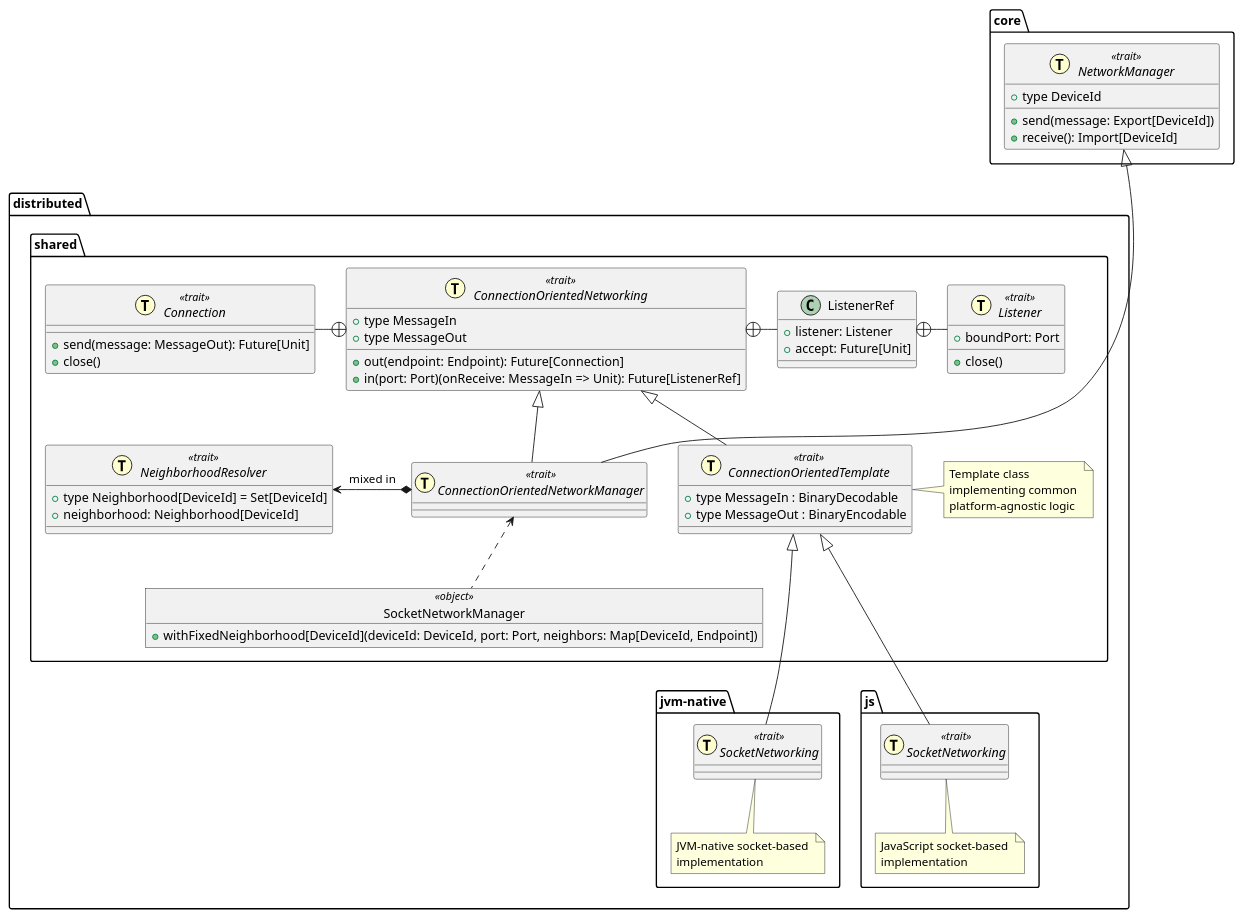
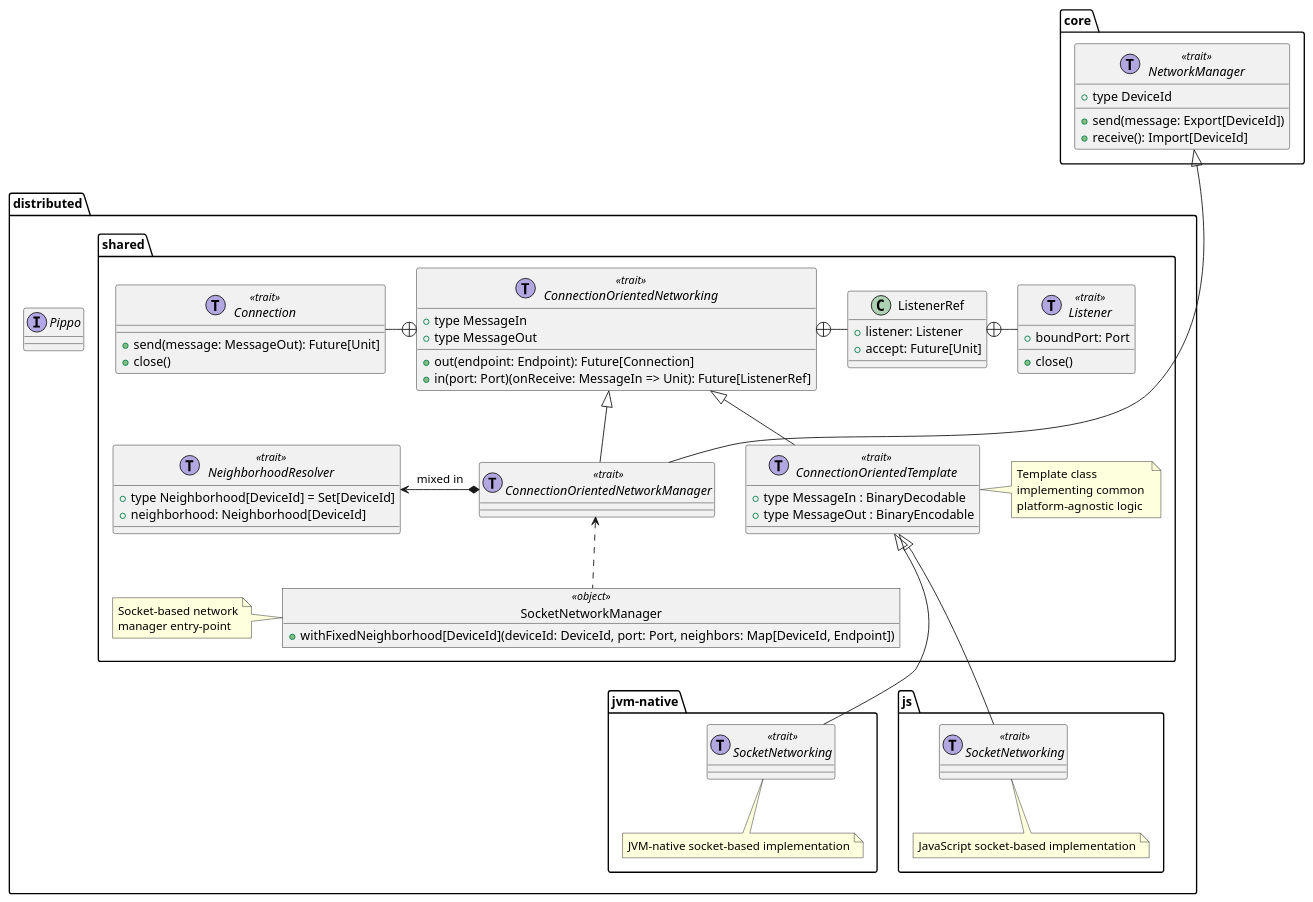
The diagram in resources/schemas/socket-distribution.puml (tassiluca/scafi3-mp-api-thesis), drawn with PlantUML before and after one commit. The commit also changed 8 other files, not shown here.

```diff
--- a/resources/schemas/socket-distribution.puml
+++ b/resources/schemas/socket-distribution.puml
@@ -1,96 +1,100 @@
 @startuml socket-distribution
 
 skinparam interface<<trait>> {
   BackgroundColor lightblue
   BorderColor blue
   StereotypeFontColor blue
 }
 
 package "core" {
-    interface NetworkManager << (T,#FEFECE) trait >> {
+    interface NetworkManager << (T,#b2a7e0) trait >> {
         + type DeviceId
         + send(message: Export[DeviceId])
         + receive(): Import[DeviceId]
     }
 }
 
 package "distributed" {
     package "shared" {
         ' object InetTypes {
         '     + type IPv4
         '     + type Port
         '     + type Hostname
         '     + type Endpoint
         '     + ...
         ' }
 
-        interface ConnectionOrientedNetworking << (T,#FEFECE) trait >> {
+        interface ConnectionOrientedNetworking << (T,#b2a7e0) trait >> {
             + type MessageIn
             + type MessageOut
             + out(endpoint: Endpoint): Future[Connection]
             + in(port: Port)(onReceive: MessageIn => Unit): Future[ListenerRef]
         }
         ConnectionOrientedNetworking +-left- Connection
         ConnectionOrientedNetworking +- ListenerRef
         ListenerRef +- Listener
 
-        interface Connection << (T,#FEFECE) trait >> {
+        interface Connection << (T,#b2a7e0) trait >> {
             + send(message: MessageOut): Future[Unit]
             + close()
         }
 
         class ListenerRef {
             + listener: Listener
             + accept: Future[Unit]
         }
 
-        interface Listener << (T,#FEFECE) trait >> {
+        interface Listener << (T,#b2a7e0) trait >> {
             + boundPort: Port
             + close()
         }
 
-        interface ConnectionOrientedTemplate << (T,#FEFECE) trait >> extends ConnectionOrientedNetworking {
+        interface ConnectionOrientedTemplate << (T,#b2a7e0) trait >> extends ConnectionOrientedNetworking {
             + type MessageIn : BinaryDecodable
             + type MessageOut : BinaryEncodable
         }
         note right of ConnectionOrientedTemplate
             Template class 
             implementing common 
             platform-agnostic logic
         end note
 
-        interface NeighborhoodResolver << (T,#FEFECE) trait >> {
+        interface NeighborhoodResolver << (T,#b2a7e0) trait >> {
             + type Neighborhood[DeviceId] = Set[DeviceId]
             + neighborhood: Neighborhood[DeviceId]
         }
 
-        interface ConnectionOrientedNetworkManager << (T,#FEFECE) trait >> extends ConnectionOrientedNetworking
+        interface ConnectionOrientedNetworkManager << (T,#b2a7e0) trait >> extends ConnectionOrientedNetworking
         ConnectionOrientedNetworkManager *-left-> NeighborhoodResolver : mixed in
         core.NetworkManager <|--- ConnectionOrientedNetworkManager
 
-        object SocketNetworkManager <<object>> {
+        object SocketNetworkManager << object>> {
             + withFixedNeighborhood[DeviceId](deviceId: DeviceId, port: Port, neighbors: Map[DeviceId, Endpoint])
         }
+        note left of SocketNetworkManager
+            Socket-based network
+            manager entry-point
+        end note
         SocketNetworkManager .up.> ConnectionOrientedNetworkManager
     }
 
     package "jvm-native" {
-        interface SocketNetworking << (T,#FEFECE) trait >>
+        interface SocketNetworking << (T,#b2a7e0) trait >>
         SocketNetworking --up-|> distributed.shared.ConnectionOrientedTemplate
         note bottom of SocketNetworking
-            JVM-native socket-based 
-            implementation
+            JVM-native socket-based implementation
         end note
     }
 
     package "js" {
-        interface SocketNetworking << (T,#FEFECE) trait >> 
+        interface SocketNetworking << (T,#b2a7e0) trait >> 
         SocketNetworking --up-|> distributed.shared.ConnectionOrientedTemplate
         note bottom of SocketNetworking
-            JavaScript socket-based 
-            implementation
+            JavaScript socket-based implementation
         end note
     }
+
+    interface Pippo
 }
 
 @enduml
```
